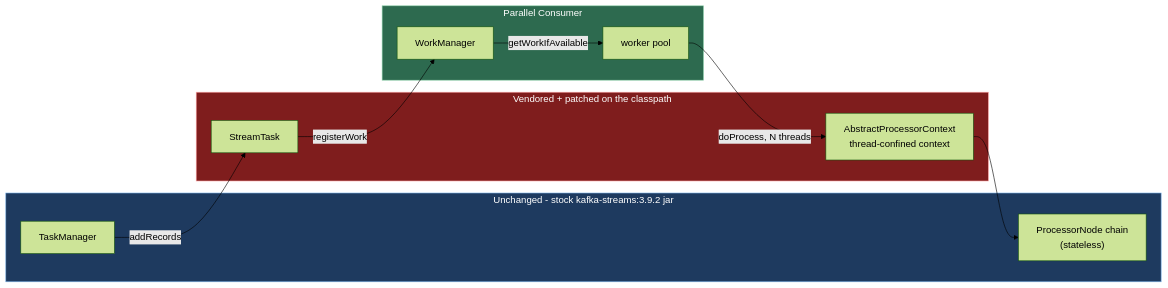
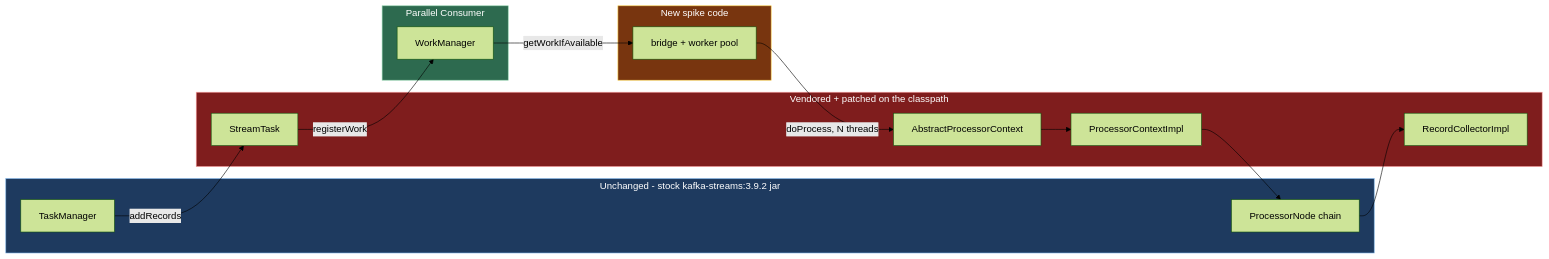
Before and after one commit to astubbs/parallel-consumer: the first of 2 diagrams in docs/plans/2026-08-08-001-feat-ks-on-pc-spike-plan.md, drawn with Mermaid (forest theme). The commit also changed other lines of this file, not shown here.

First line of the commit message:
docs(plan) astubbs#255: re-cut the spike plan after review found two P0s

````diff
--- a/docs/plans/2026-08-08-001-feat-ks-on-pc-spike-plan.md
+++ b/docs/plans/2026-08-08-001-feat-ks-on-pc-spike-plan.md
@@ -144,25 +211,31 @@
 ```mermaid
 flowchart LR
     subgraph unchanged["Unchanged - stock kafka-streams:3.9.2 jar"]
         TM["TaskManager"]
-        PN["ProcessorNode chain<br/>(stateless)"]
+        PN["ProcessorNode chain"]
     end
     subgraph vendored["Vendored + patched on the classpath"]
         ST["StreamTask"]
-        APC["AbstractProcessorContext<br/>thread-confined context"]
+        APC["AbstractProcessorContext"]
+        PCI["ProcessorContextImpl"]
+        RC["RecordCollectorImpl"]
+    end
+    subgraph bridgebox["New spike code"]
+        BR["bridge + worker pool"]
     end
     subgraph pc["Parallel Consumer"]
         WM["WorkManager"]
-        POOL["worker pool"]
     end
 
     TM -->|"addRecords"| ST
     ST -->|"registerWork"| WM
-    WM -->|"getWorkIfAvailable"| POOL
-    POOL -->|"doProcess, N threads"| APC
-    APC --> PN
+    WM -->|"getWorkIfAvailable"| BR
+    BR -->|"doProcess, N threads"| APC
+    APC --> PCI --> PN
+    PN --> RC
 
     style unchanged fill:#1e3a5f,stroke:#7cb3e8,color:#fff
     style vendored fill:#7f1d1d,stroke:#fca5a5,color:#fff
     style pc fill:#2d6a4f,stroke:#95d5b2,color:#fff
+    style bridgebox fill:#78350f,stroke:#fcd34d,color:#fff
 ```
````
